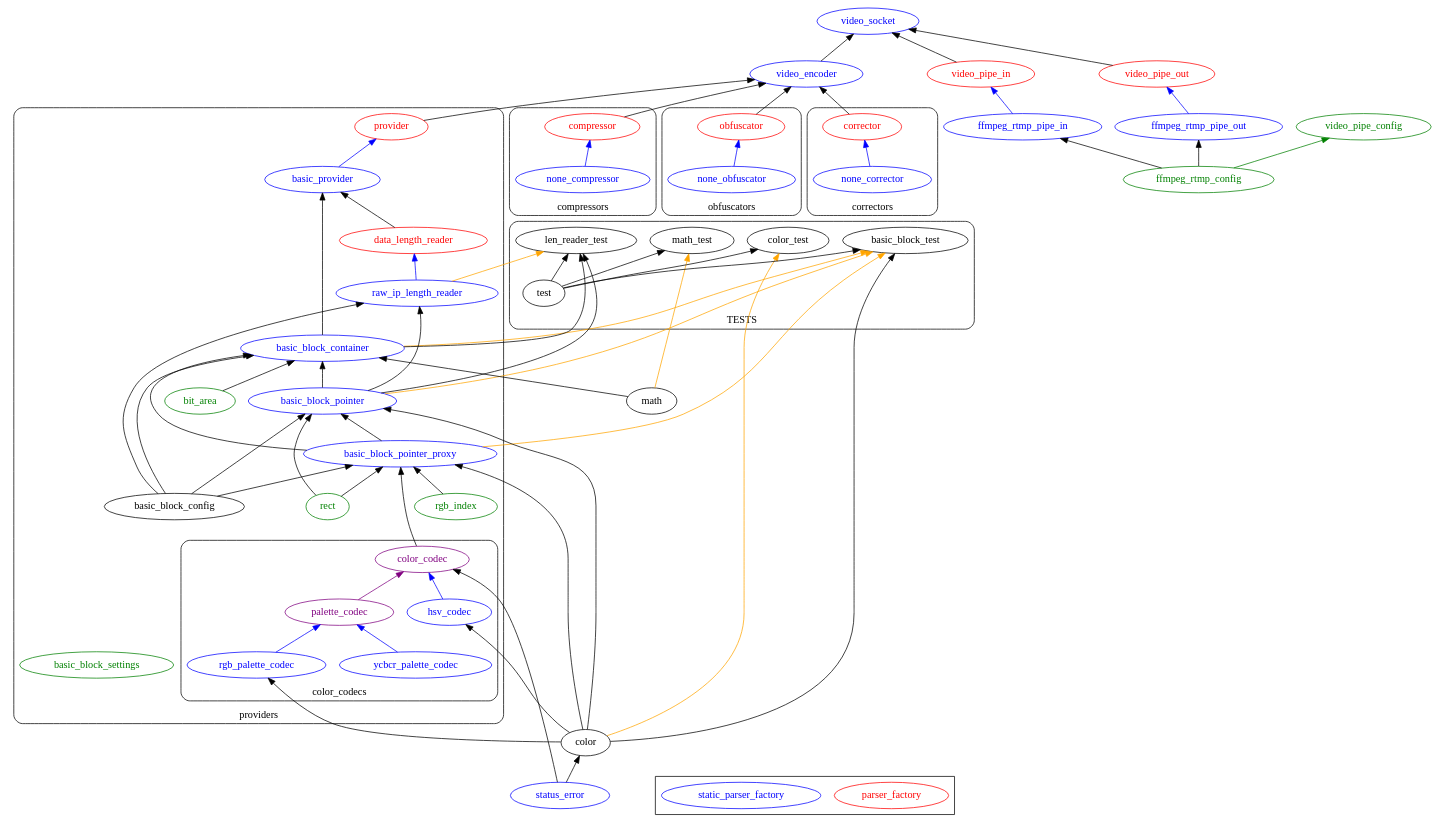
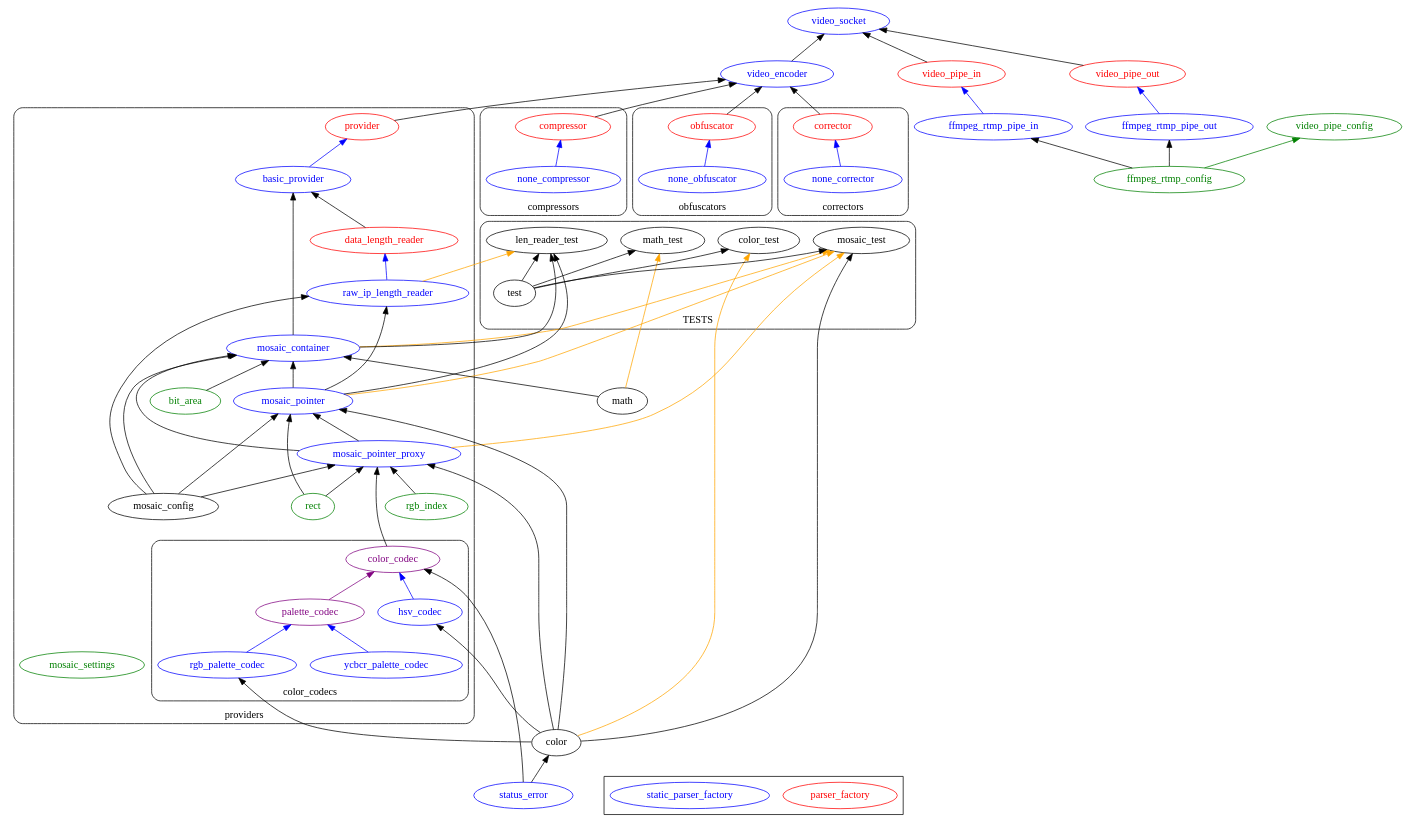
One commit to libera-cifero/Korra changed the diagram in docs/architecture.dot. Above: the diagram before and after it, drawn with Graphviz. The commit also changed 59 other files, not shown here.

```diff
--- a/docs/architecture.dot
+++ b/docs/architecture.dot
@@ -16,10 +16,10 @@
                     color=blue;
                     fontcolor=blue;
                 ];
-                subgraph basic_block{
-                    basic_block_container [color=blue;fontcolor=blue;];
-                    basic_block_pointer [color=blue;fontcolor=blue;];
-                    basic_block_pointer_proxy [color=blue;fontcolor=blue;];
+                subgraph mosaic{
+                    mosaic_container [color=blue;fontcolor=blue;];
+                    mosaic_pointer [color=blue;fontcolor=blue;];
+                    mosaic_pointer_proxy [color=blue;fontcolor=blue;];
                     data_length_reader [
                         color=red;
                         fontcolor=red;
@@ -32,35 +32,35 @@
                     
                     basic_provider->provider [color=blue;];
                     
-                    basic_block_container->basic_provider [weight=1000; ];
+                    mosaic_container->basic_provider [weight=1000; ];
 
-                    basic_block_pointer->basic_block_container [weight=1000;];
+                    mosaic_pointer->mosaic_container [weight=1000;];
                     
-                    basic_block_pointer_proxy->basic_block_pointer;
-                    basic_block_pointer_proxy->basic_block_container;
+                    mosaic_pointer_proxy->mosaic_pointer;
+                    mosaic_pointer_proxy->mosaic_container;
 
-                    bit_area->basic_block_container;              
+                    bit_area->mosaic_container;              
                     
-                    basic_block_settings [color=green;fontcolor=green;];
+                    mosaic_settings [color=green;fontcolor=green;];
                     rect [color=green;fontcolor=green;];
                     rgb_index[color=green;fontcolor=green;];
                     
-                    basic_block_config->basic_block_container;
-                    basic_block_config->basic_block_pointer;
-                    basic_block_config->basic_block_pointer_proxy;
-                    basic_block_config->raw_ip_length_reader;
+                    mosaic_config->mosaic_container;
+                    mosaic_config->mosaic_pointer;
+                    mosaic_config->mosaic_pointer_proxy;
+                    mosaic_config->raw_ip_length_reader;
 
-                    rect->basic_block_pointer_proxy;
-                    rect->basic_block_pointer;
+                    rect->mosaic_pointer_proxy;
+                    rect->mosaic_pointer;
 
-                    rgb_index->basic_block_pointer_proxy;  
+                    rgb_index->mosaic_pointer_proxy;  
                 }
 
                 subgraph data_length_reader{
                     raw_ip_length_reader->data_length_reader [color = blue;];
                     data_length_reader->basic_provider;
 
-                    basic_block_pointer->raw_ip_length_reader [minlen=2;];
+                    mosaic_pointer->raw_ip_length_reader [minlen=2;];
                 }
 
 
@@ -92,7 +92,7 @@
                     ycbcr_palette_codec->palette_codec [color=blue];
                 }
 
-                color_codec->basic_block_pointer_proxy [minlen=2;];
+                color_codec->mosaic_pointer_proxy [minlen=2;];
                 
             }
             subgraph cluster_compressors {
@@ -156,15 +156,15 @@
             obfuscator->video_encoder;
             corrector->video_encoder;
 
-            color->basic_block_pointer_proxy [minlen=1];
-            color->basic_block_pointer [minlen=1];
+            color->mosaic_pointer_proxy [minlen=1];
+            color->mosaic_pointer [minlen=1];
             color->rgb_palette_codec;
             color->hsv_codec;
             
             status_error->color;
             status_error->color_codec;
 
-            math->basic_block_container;
+            math->mosaic_container;
 
 
         }
@@ -207,27 +207,27 @@
         }
 
         color_test;
-        basic_block_test;
+        mosaic_test;
         len_reader_test;
         math_test;
         
         test->color_test;
-        test->basic_block_test;
+        test->mosaic_test;
         test->len_reader_test;
         test->math_test;
     }
 
 
-    color->basic_block_test;
+    color->mosaic_test;
     color->color_test [color=orange;];
 
     math->math_test [color=orange;];
 
-    basic_block_pointer_proxy->basic_block_test [color=orange;];
-    basic_block_container->basic_block_test [color=orange;];
-    basic_block_pointer->basic_block_test [color=orange;];
+    mosaic_pointer_proxy->mosaic_test [color=orange;];
+    mosaic_container->mosaic_test [color=orange;];
+    mosaic_pointer->mosaic_test [color=orange;];
 
     raw_ip_length_reader->len_reader_test [color=orange;];
-    basic_block_pointer->len_reader_test;
-    basic_block_container->len_reader_test;
+    mosaic_pointer->len_reader_test;
+    mosaic_container->len_reader_test;
 }
```
